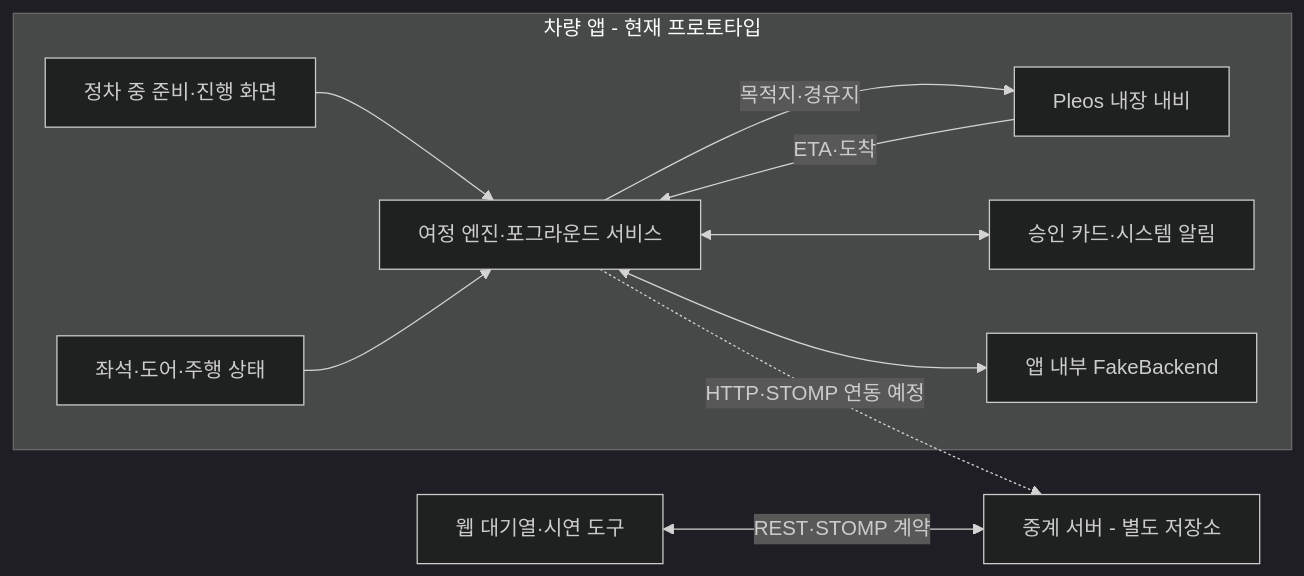
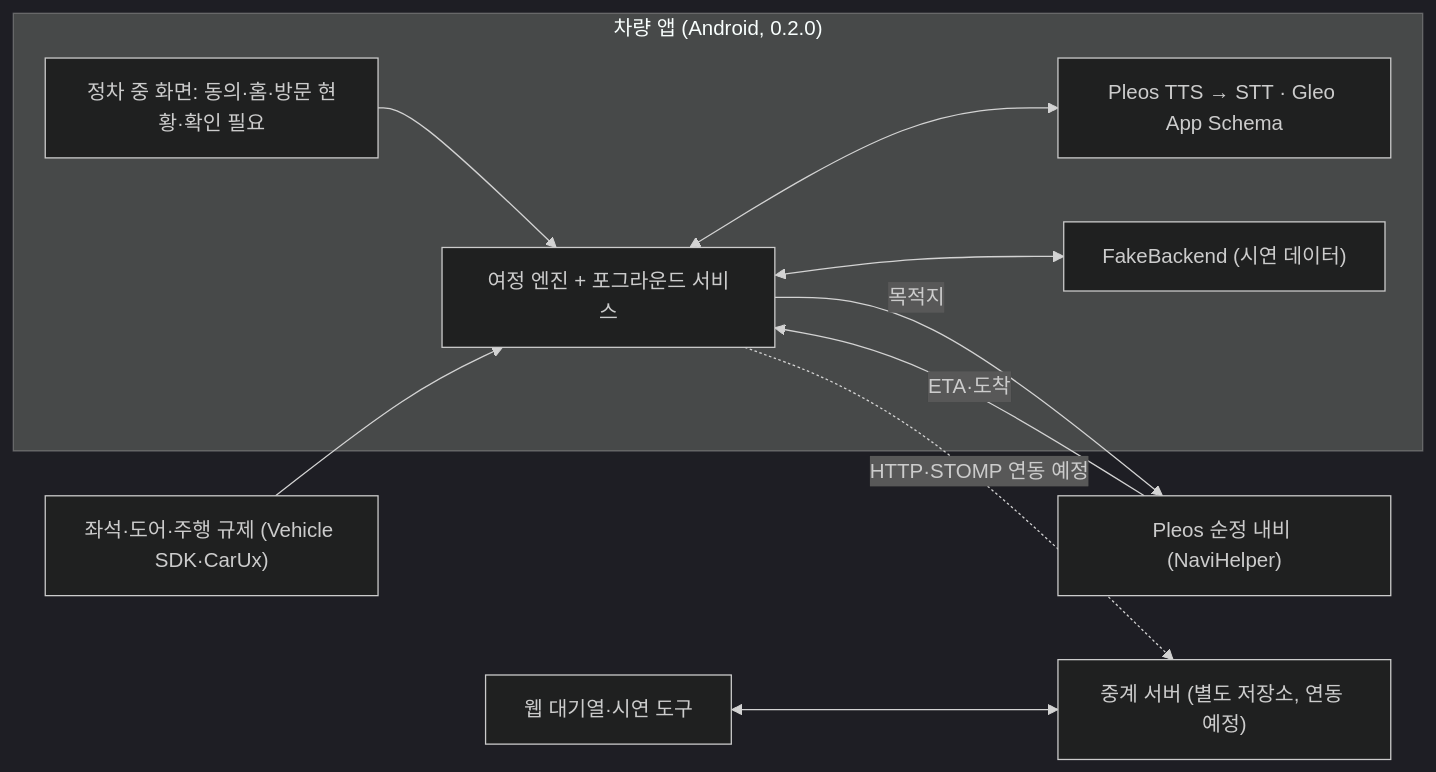
The diagram in README.md (smartjourney-pleos/smart-journey-main), drawn with Mermaid (dark theme) before and after one commit. The commit also changed other lines of this file and 13 other files, not shown here.

````diff
--- a/README.md
+++ b/README.md
@@ -48,21 +91,19 @@
 ```mermaid
 flowchart LR
-  subgraph CAR["차량 앱 - 현재 프로토타입"]
-    UI["정차 중 준비·진행 화면"]
-    NAVI["Pleos 내장 내비"]
-    VEH["좌석·도어·주행 상태"]
-    ENGINE["여정 엔진·포그라운드 서비스"]
-    NOTICE["승인 카드·시스템 알림"]
-    FAKE["앱 내부 FakeBackend"]
+  subgraph CAR["차량 앱 (Android, 0.2.0)"]
+    UI["정차 중 화면: 동의·홈·방문 현황·확인 필요"]
+    ENGINE["여정 엔진 + 포그라운드 서비스"]
+    VOICE["Pleos TTS → STT · Gleo App Schema"]
+    FAKE["FakeBackend (시연 데이터)"]
     UI --> ENGINE
-    ENGINE -->|"목적지·경유지"| NAVI
-    NAVI -->|"ETA·도착"| ENGINE
-    VEH --> ENGINE
-    ENGINE <--> NOTICE
+    ENGINE <--> VOICE
     ENGINE <--> FAKE
   end
-  SERVER["중계 서버 - 별도 저장소"]
+  NAVI["Pleos 순정 내비 (NaviHelper)"] -->|"ETA·도착"| ENGINE
+  ENGINE -->|"목적지"| NAVI
+  VEH["좌석·도어·주행 규제 (Vehicle SDK·CarUx)"] --> ENGINE
+  SERVER["중계 서버 (별도 저장소, 연동 예정)"]
   WEB["웹 대기열·시연 도구"]
   ENGINE -. "HTTP·STOMP 연동 예정" .-> SERVER
-  WEB <-->|"REST·STOMP 계약"| SERVER
+  WEB <--> SERVER
 ```
````
